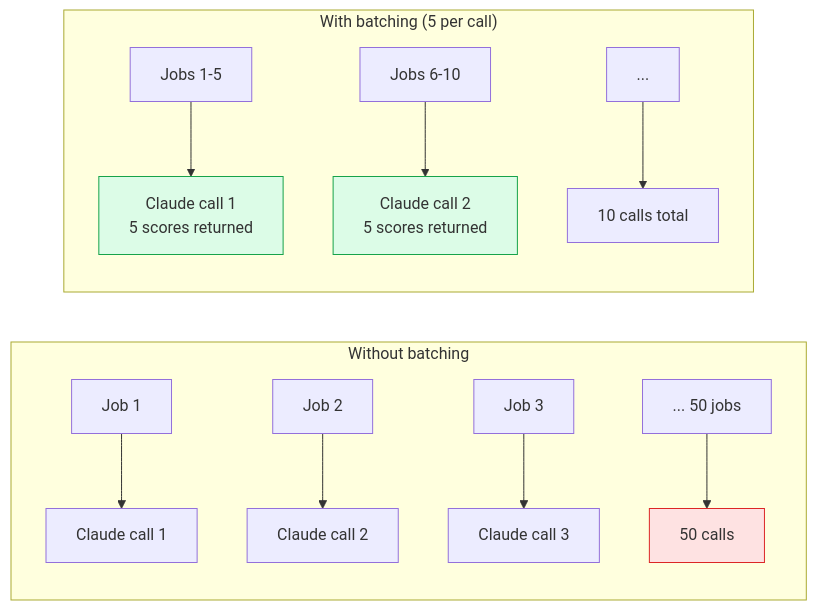
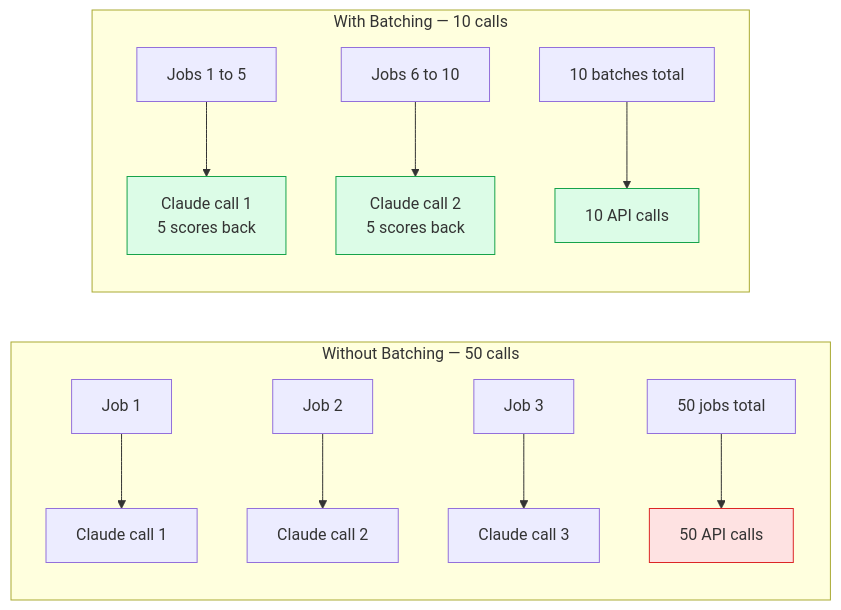
The eighth of 12 diagrams in docs/blog_draft.md (suthrams/jobsearchagent-v2), drawn with Mermaid before and after one commit. The commit also changed other lines of this file and 1 other file, not shown here.

Commit message:
Fix Mermaid diagram syntax in blog draft
Remove direction inside subgraphs and parentheses from subgraph labels
in workflow-vs-agent and batching diagrams — both broke GitHub renderer.

````diff
--- a/docs/blog_draft.md
+++ b/docs/blog_draft.md
@@ -234,21 +232,20 @@
 ```mermaid
 flowchart LR
-    subgraph BEFORE["Without batching"]
-        direction TB
+    subgraph BEFORE["Without Batching — 50 calls"]
         J1["Job 1"] --> C1["Claude call 1"]
         J2["Job 2"] --> C2["Claude call 2"]
         J3["Job 3"] --> C3["Claude call 3"]
-        JN["... 50 jobs"] --> CN["50 calls"]
+        JN["50 jobs total"] --> CN["50 API calls"]
     end
 
-    subgraph AFTER["With batching (5 per call)"]
-        direction TB
-        B1["Jobs 1-5"] --> CB1["Claude call 1\n5 scores returned"]
-        B2["Jobs 6-10"] --> CB2["Claude call 2\n5 scores returned"]
-        BN["..."] --> CBN["10 calls total"]
+    subgraph AFTER["With Batching — 10 calls"]
+        B1["Jobs 1 to 5"] --> CB1["Claude call 1\n5 scores back"]
+        B2["Jobs 6 to 10"] --> CB2["Claude call 2\n5 scores back"]
+        BN["10 batches total"] --> CBN["10 API calls"]
     end
 
     style CB1 fill:#dcfce7,stroke:#16a34a
     style CB2 fill:#dcfce7,stroke:#16a34a
     style CN fill:#fee2e2,stroke:#dc2626
+    style CBN fill:#dcfce7,stroke:#16a34a
 ```
````
